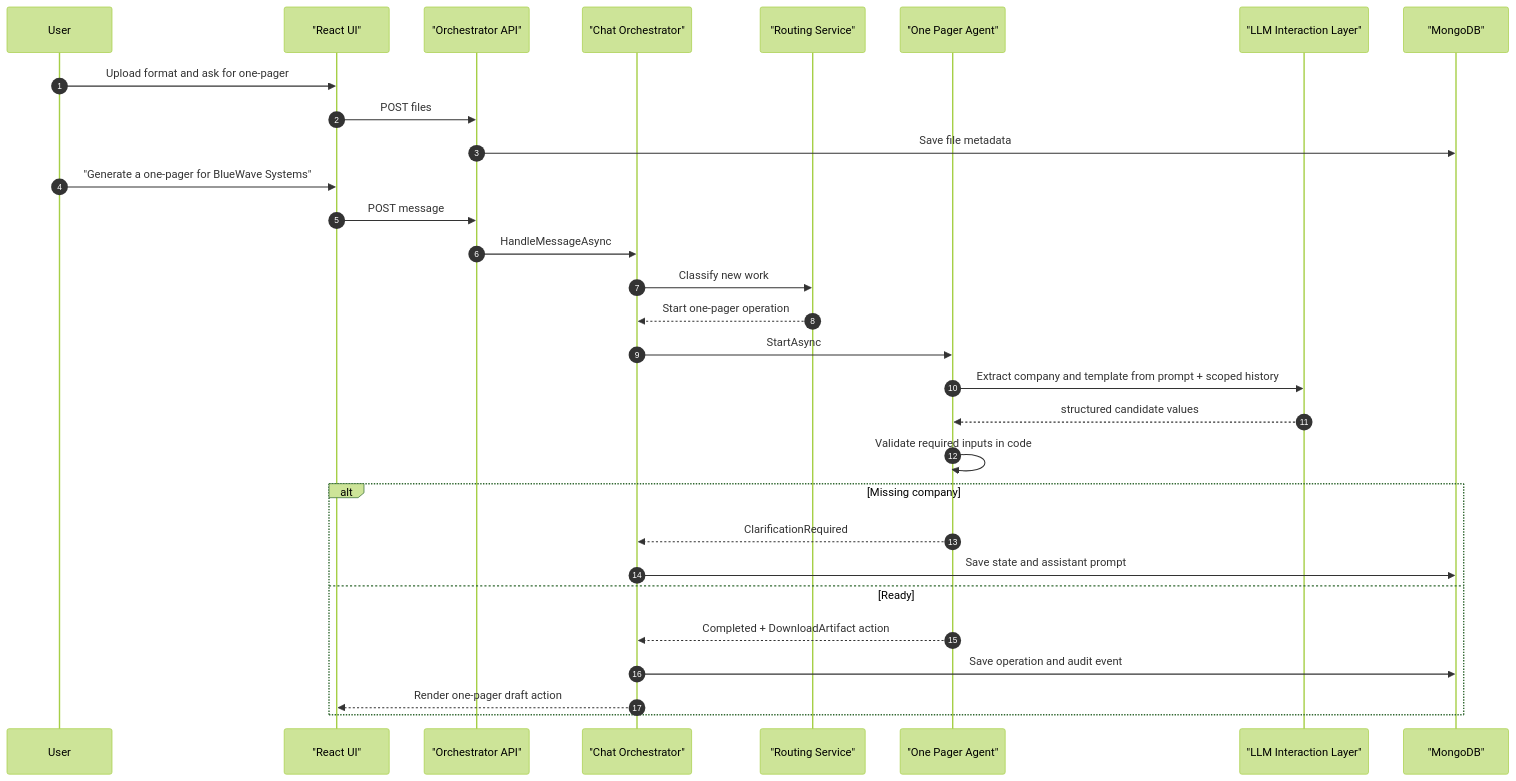
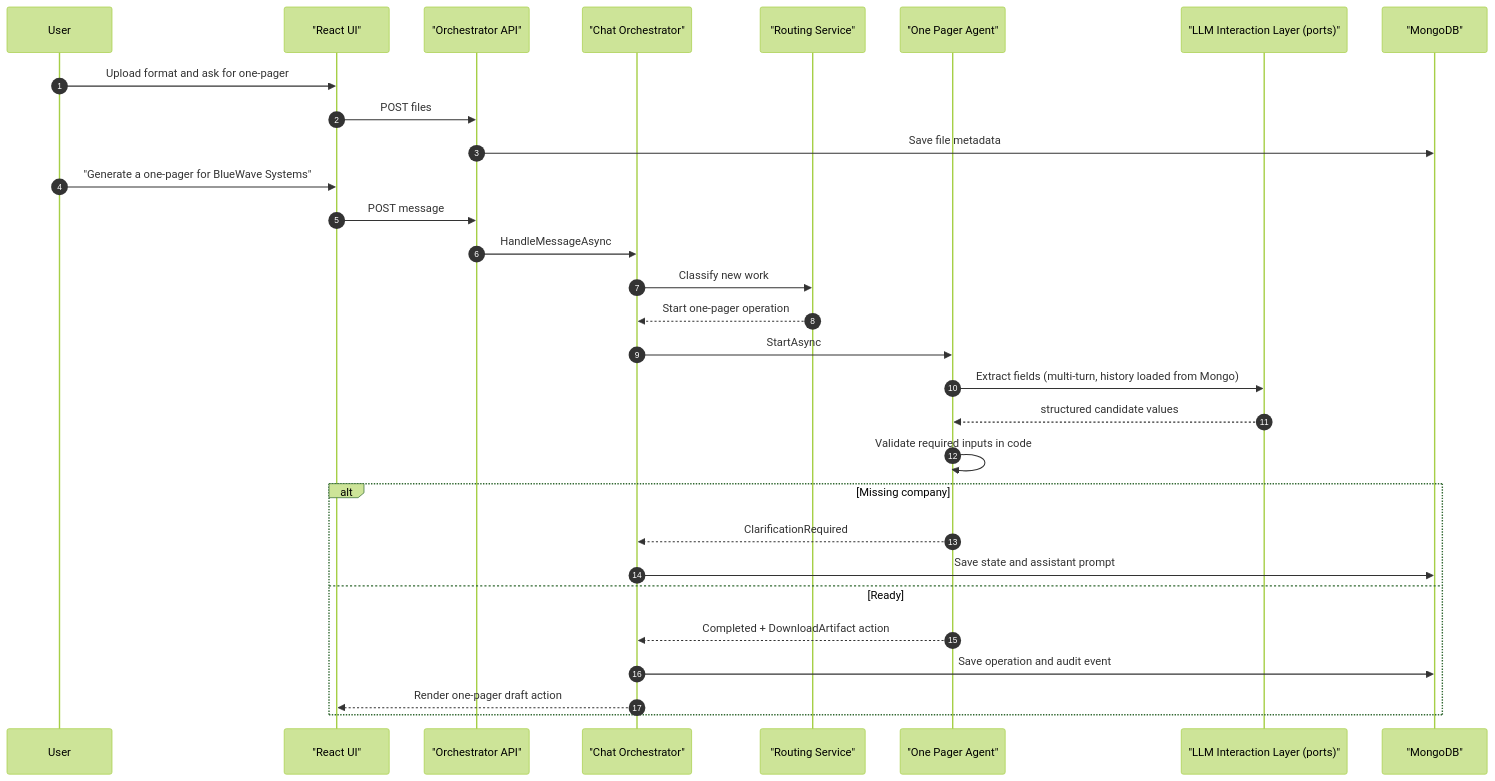
The eighth of 15 diagrams in docs/system-design.md (naveenpatilcbit/agentic-orchestrator), drawn with Mermaid (forest theme) before and after one commit. The commit also changed other lines of this file, not shown here.

Commit message:
Update system design doc for clean architecture and multi-turn

````diff
--- a/docs/system-design.md
+++ b/docs/system-design.md
@@ -535,34 +550,34 @@
 ```mermaid
 sequenceDiagram
     autonumber
     participant U as User
     participant UI as "React UI"
     participant API as "Orchestrator API"
     participant CHAT as "Chat Orchestrator"
     participant ROUTER as "Routing Service"
     participant AGENT as "One Pager Agent"
-    participant LLM as "LLM Interaction Layer"
+    participant LLM as "LLM Interaction Layer (ports)"
     participant DB as "MongoDB"
 
     U->>UI: Upload format and ask for one-pager
     UI->>API: POST files
     API->>DB: Save file metadata
     U->>UI: "Generate a one-pager for BlueWave Systems"
     UI->>API: POST message
     API->>CHAT: HandleMessageAsync
     CHAT->>ROUTER: Classify new work
     ROUTER-->>CHAT: Start one-pager operation
     CHAT->>AGENT: StartAsync
-    AGENT->>LLM: Extract company and template from prompt + scoped history
+    AGENT->>LLM: Extract fields (multi-turn, history loaded from Mongo)
     LLM-->>AGENT: structured candidate values
     AGENT->>AGENT: Validate required inputs in code
 
     alt Missing company
         AGENT-->>CHAT: ClarificationRequired
         CHAT->>DB: Save state and assistant prompt
     else Ready
         AGENT-->>CHAT: Completed + DownloadArtifact action
         CHAT->>DB: Save operation and audit event
         CHAT-->>UI: Render one-pager draft action
     end
 ```
````
